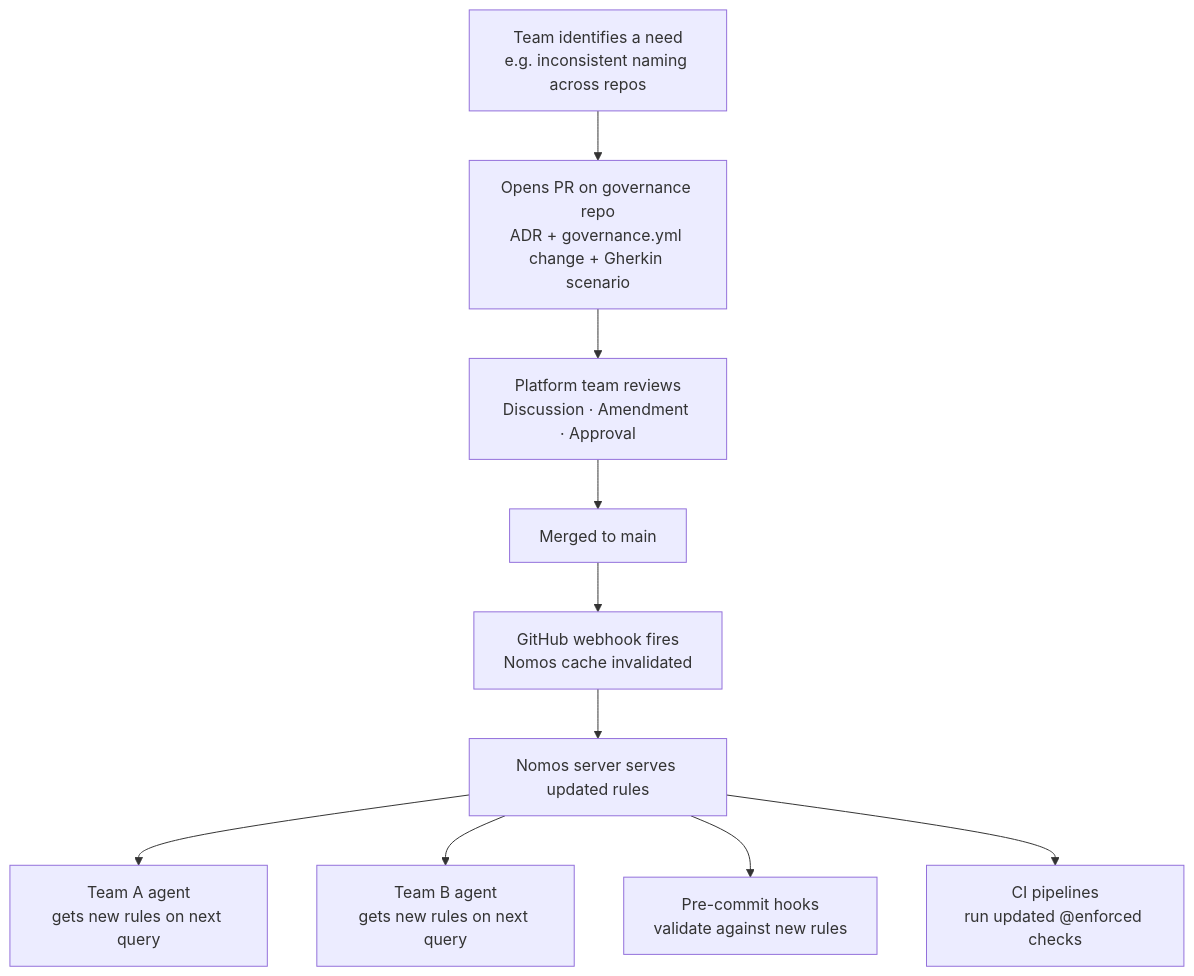
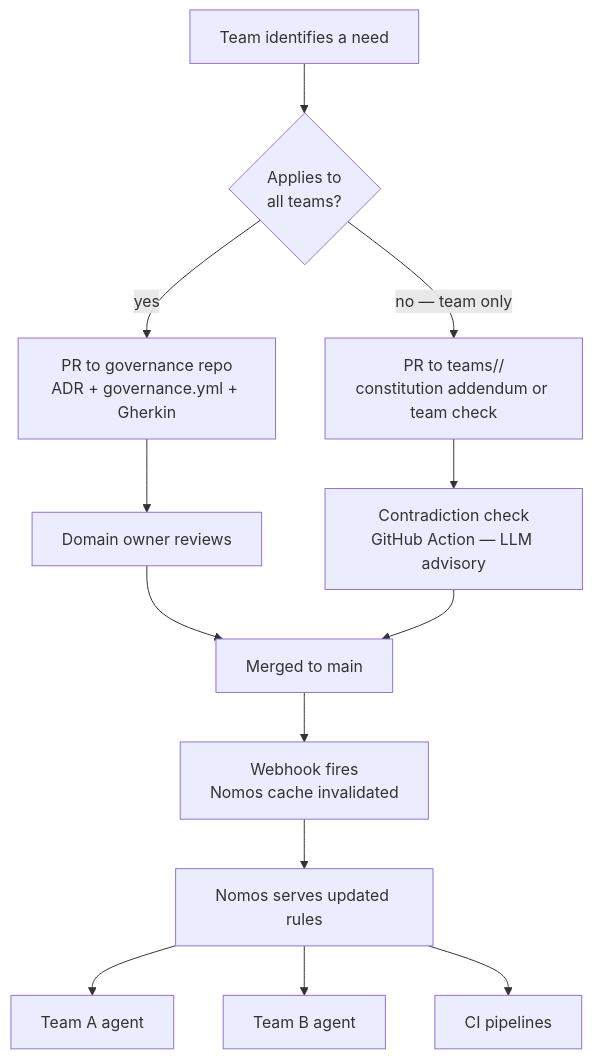
The first of 2 diagrams in FOR-TEAMS.md (constitutional-governance/nomos-template), drawn with Mermaid before and after one commit. The commit also changed other lines of this file, not shown here.

Commit message:
update Mermaid diagrams for team-scoped governance

````diff
--- a/FOR-TEAMS.md
+++ b/FOR-TEAMS.md
@@ -194,20 +194,27 @@
 ```mermaid
 flowchart TD
-    NEED["Team identifies a need\ne.g. inconsistent naming across repos"]
-    PR["Opens PR on governance repo\nADR + governance.yml change + Gherkin scenario"]
-    REVIEW["Platform team reviews\nDiscussion · Amendment · Approval"]
+    NEED["Team identifies a need"]
+    SCOPE{"Applies to\nall teams?"}
+
+    PR_DOM["PR to governance repo\nADR + governance.yml + Gherkin"]
+    PR_TEAM["PR to teams/<name>/\nconstitution addendum or team check"]
+
+    REVIEW["Domain owner reviews"]
+    AUTO["Contradiction check\nGitHub Action — LLM advisory"]
+
     MERGE["Merged to main"]
-    WEBHOOK["GitHub webhook fires\nNomos cache invalidated"]
-    SERVER["Nomos server serves updated rules"]
+    WEBHOOK["Webhook fires\nNomos cache invalidated"]
+    SERVER["Nomos serves updated rules"]
 
-    A1["Team A agent\ngets new rules on next query"]
-    A2["Team B agent\ngets new rules on next query"]
-    PC["Pre-commit hooks\nvalidate against new rules"]
-    CI["CI pipelines\nrun updated @enforced checks"]
+    A1["Team A agent"]
+    A2["Team B agent"]
+    CI["CI pipelines"]
 
-    NEED --> PR --> REVIEW --> MERGE --> WEBHOOK --> SERVER
+    NEED --> SCOPE
+    SCOPE -->|"yes"| PR_DOM --> REVIEW --> MERGE
+    SCOPE -->|"no — team only"| PR_TEAM --> AUTO --> MERGE
+    MERGE --> WEBHOOK --> SERVER
     SERVER --> A1
     SERVER --> A2
-    SERVER --> PC
     SERVER --> CI
 ```
````
